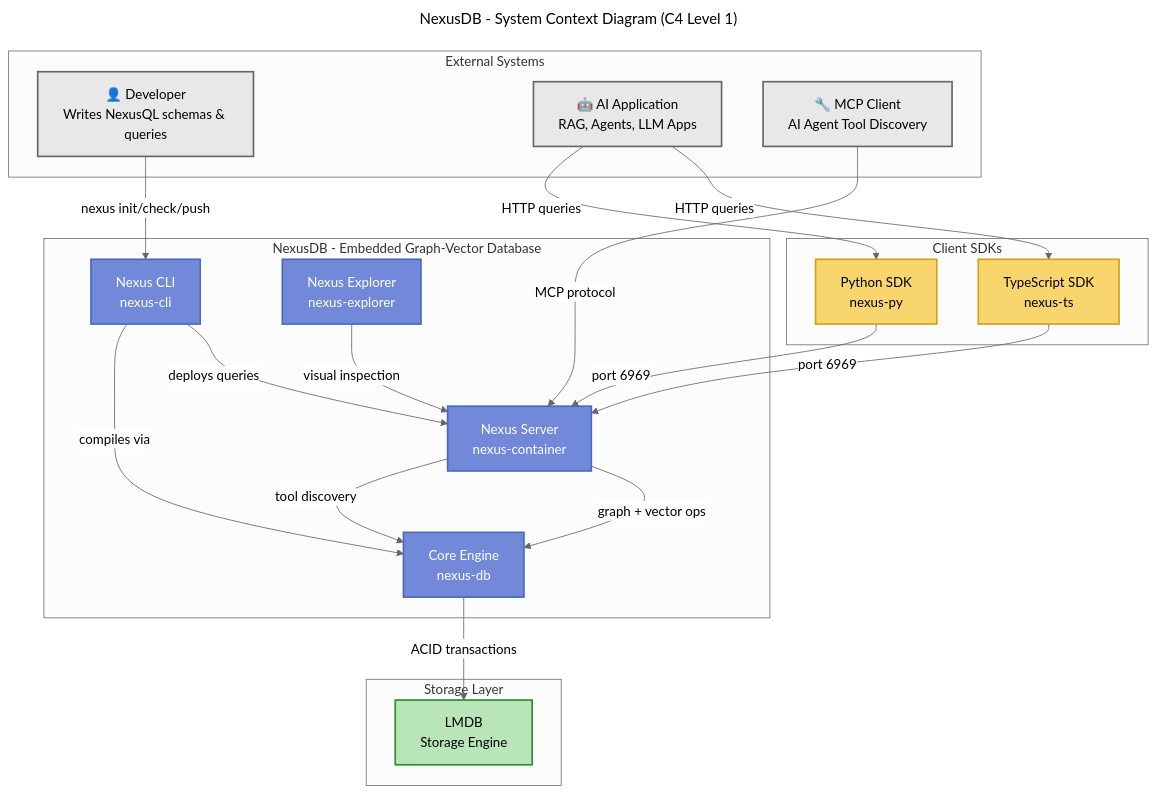
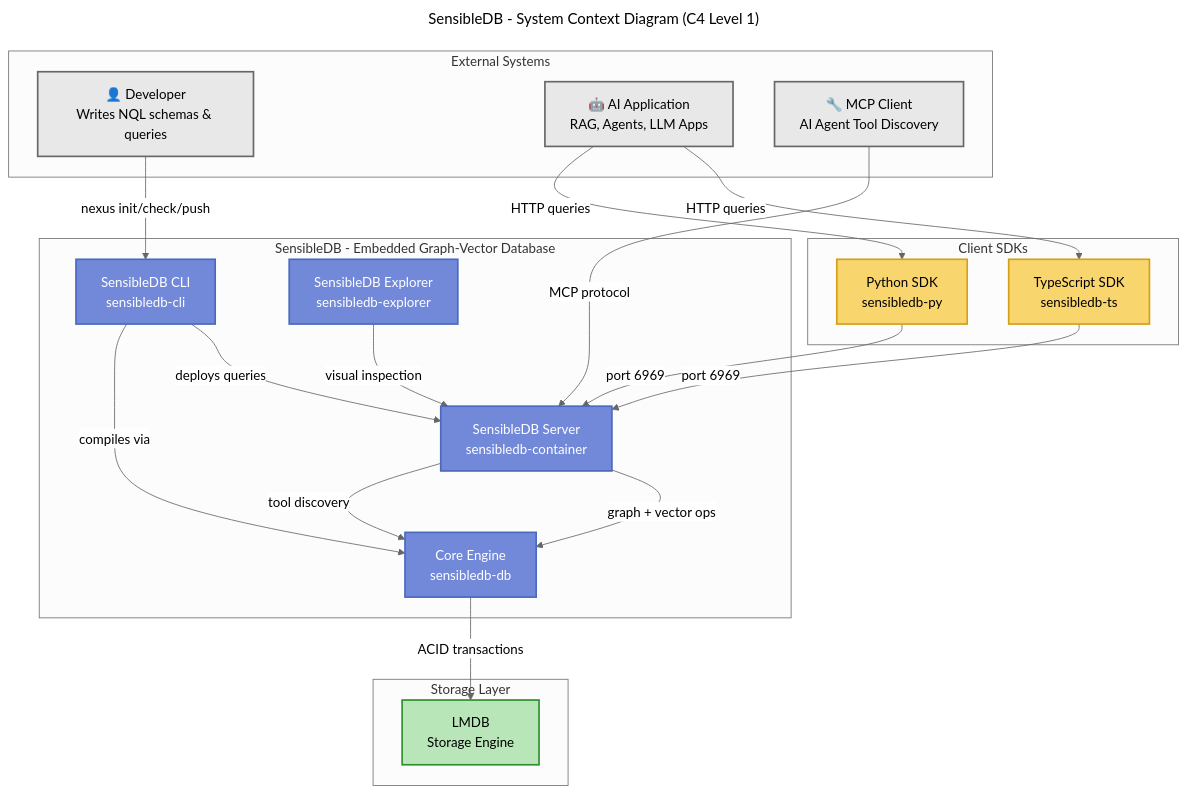
Before and after one commit to Sensible-Analytics/SensibleDB: the diagram in docs/architecture/diagrams/system-context.mmd, drawn with Mermaid (neutral theme). The commit also changed 744 other files, not shown here.

First line of the commit message:
feat: complete rebranding from NexusDB to SensibleDB

```diff
--- a/docs/architecture/diagrams/system-context.mmd
+++ b/docs/architecture/diagrams/system-context.mmd
@@ -1,53 +1,53 @@
 ---
-title: NexusDB - System Context Diagram (C4 Level 1)
+title: SensibleDB - System Context Diagram (C4 Level 1)
 ---
 
 graph TB
     subgraph External["External Systems"]
-        Developer["👤 Developer<br/>Writes NexusQL schemas & queries"]
+        Developer["👤 Developer<br/>Writes NQL schemas & queries"]
         AIApp["🤖 AI Application<br/>RAG, Agents, LLM Apps"]
         MCPClient["🔧 MCP Client<br/>AI Agent Tool Discovery"]
     end
 
-    subgraph NexusDB["NexusDB - Embedded Graph-Vector Database"]
-        CLI["Nexus CLI<br/>nexus-cli"]
-        Server["Nexus Server<br/>nexus-container"]
-        Engine["Core Engine<br/>nexus-db"]
-        Explorer["Nexus Explorer<br/>nexus-explorer"]
+    subgraph SensibleDB["SensibleDB - Embedded Graph-Vector Database"]
+        CLI["SensibleDB CLI<br/>sensibledb-cli"]
+        Server["SensibleDB Server<br/>sensibledb-container"]
+        Engine["Core Engine<br/>sensibledb-db"]
+        Explorer["SensibleDB Explorer<br/>sensibledb-explorer"]
     end
 
     subgraph Storage["Storage Layer"]
         LMDB["LMDB<br/>Storage Engine"]
     end
 
     subgraph SDKs["Client SDKs"]
-        TSSDK["TypeScript SDK<br/>nexus-ts"]
-        PySDK["Python SDK<br/>nexus-py"]
+        TSSDK["TypeScript SDK<br/>sensibledb-ts"]
+        PySDK["Python SDK<br/>sensibledb-py"]
     end
 
     Developer -->|nexus init/check/push| CLI
     CLI -->|deploys queries| Server
     CLI -->|compiles via| Engine
 
     AIApp -->|HTTP queries| TSSDK
     AIApp -->|HTTP queries| PySDK
     TSSDK -->|port 6969| Server
     PySDK -->|port 6969| Server
 
     Server -->|graph + vector ops| Engine
     Engine -->|ACID transactions| LMDB
 
     MCPClient -->|MCP protocol| Server
     Server -->|tool discovery| Engine
 
     Explorer -->|visual inspection| Server
 
     classDef external fill:#e8e8e8,stroke:#666,stroke-width:2px
     classDef nexus fill:#7289da,stroke:#4a69bd,stroke-width:2px,color:#fff
     classDef storage fill:#b8e6b8,stroke:#2d8f2d,stroke-width:2px
     classDef sdk fill:#f9d56e,stroke:#d4a017,stroke-width:2px
 
     class Developer,AIApp,MCPClient external
     class CLI,Server,Engine,Explorer nexus
     class LMDB storage
     class TSSDK,PySDK sdk
```
